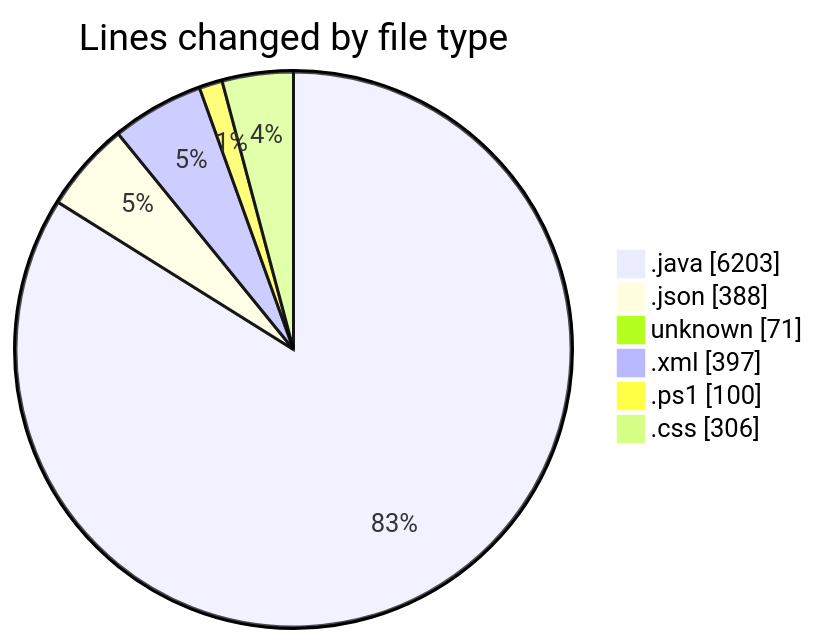
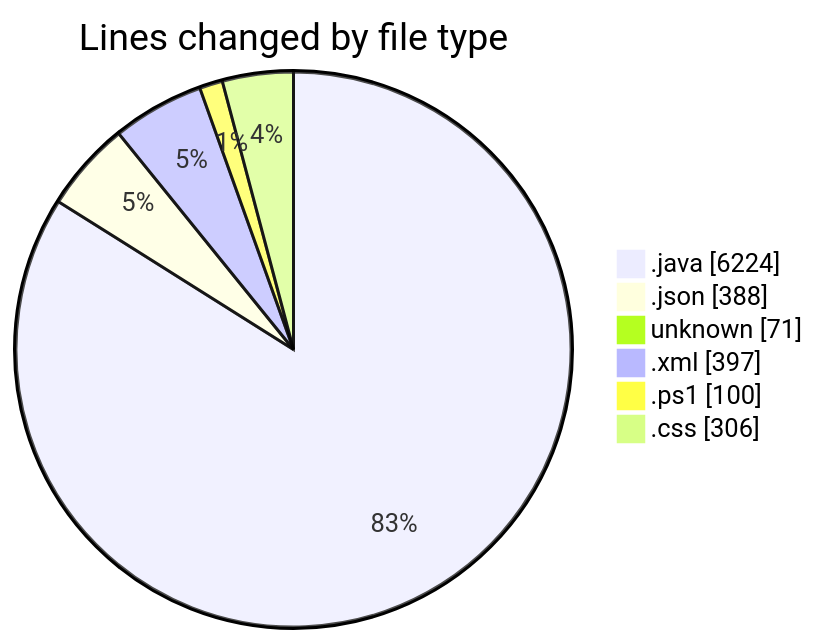
The first of 2 diagrams in 2025-02-25/micros/README.md (charlie-sans/code-tracking), drawn with Mermaid before and after one commit. The commit also changed other lines of this file and 1 other file, not shown here.

````diff
--- a/2025-02-25/micros/README.md
+++ b/2025-02-25/micros/README.md
@@ -53,10 +53,10 @@
 ```mermaid
 pie showData
 title Lines changed by file type
-".java" : 6203
+".java" : 6224
 ".json" : 388
 "unknown" : 71
 ".xml" : 397
 ".ps1" : 100
 ".css" : 306
 ```
````
